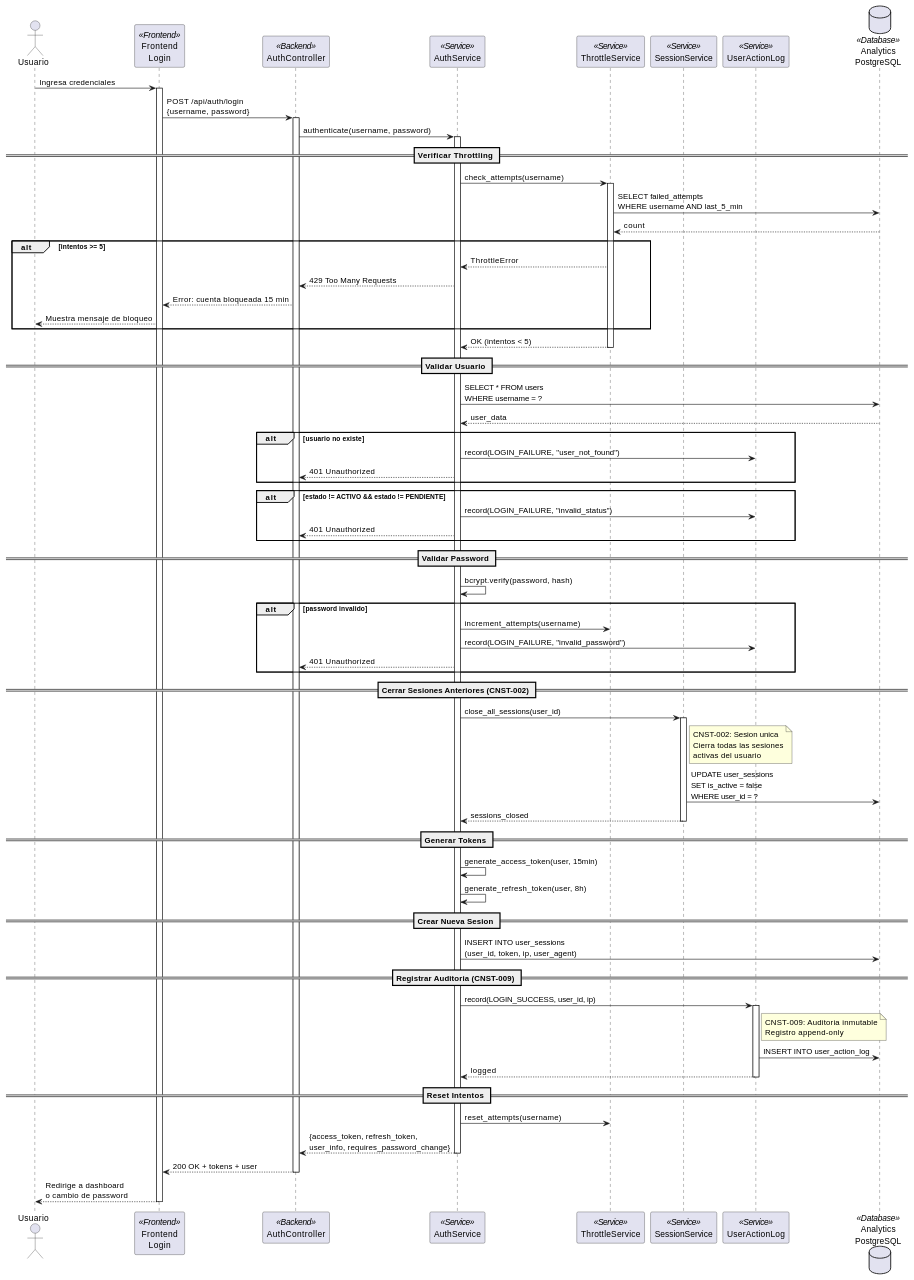
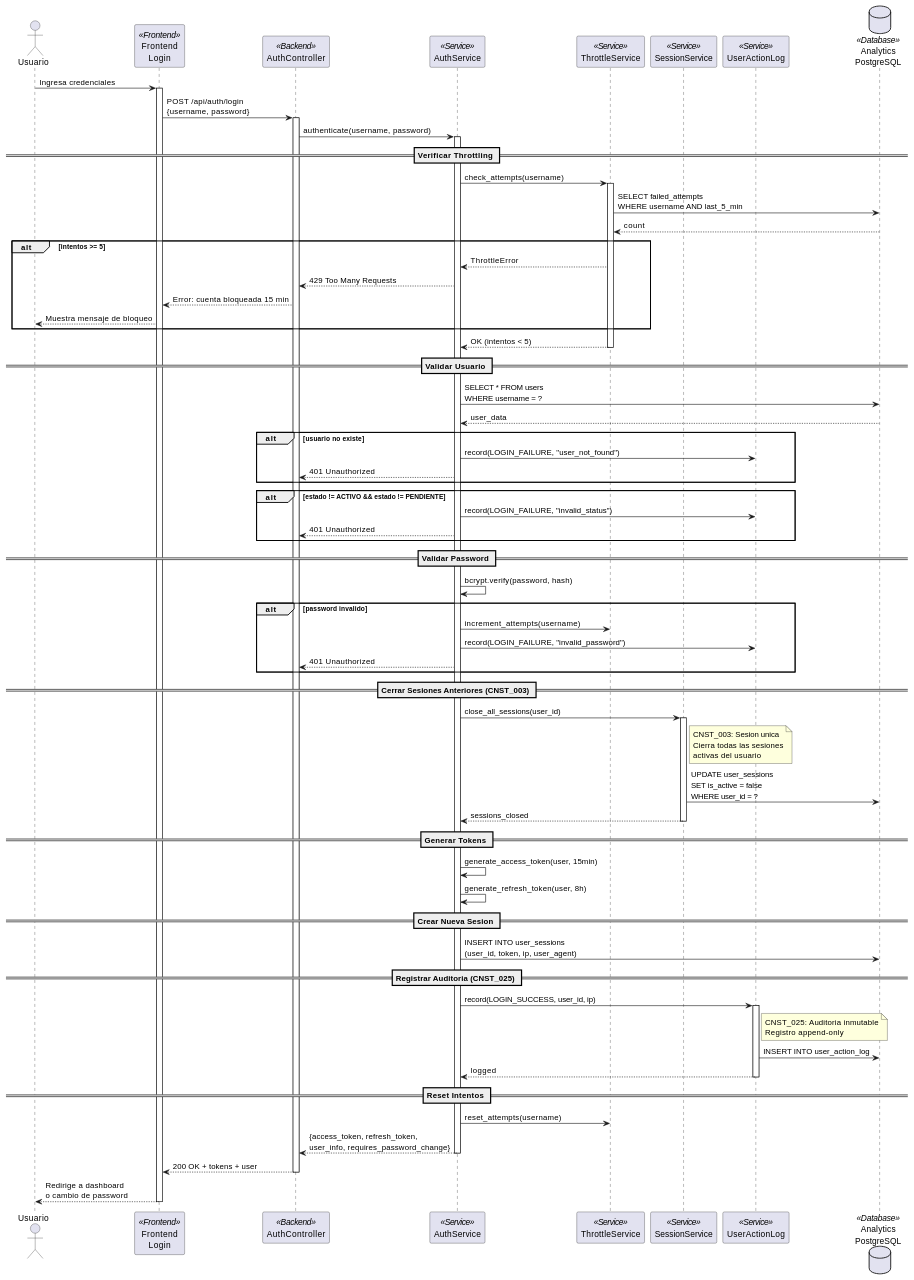
The second of 3 diagrams in source/requisitos/casos_uso/auth/UC_AUTH_01_Iniciar_Sesion.rst (jcg-admin/IACT-docs), drawn with PlantUML before and after one commit. The commit also changed other lines of this file and 67 other files, not shown here.

```diff
--- a/source/requisitos/casos_uso/auth/UC_AUTH_01_Iniciar_Sesion.rst
+++ b/source/requisitos/casos_uso/auth/UC_AUTH_01_Iniciar_Sesion.rst
@@ -283,11 +283,11 @@
      AS --> AC: 401 Unauthorized
    end
 
-   == Cerrar Sesiones Anteriores (CNST-002) ==
+   == Cerrar Sesiones Anteriores (CNST_003) ==
    AS -> SS: close_all_sessions(user_id)
    activate SS
    note right of SS
-     CNST-002: Sesion unica
+     CNST_003: Sesion unica
      Cierra todas las sesiones
      activas del usuario
    end note
@@ -302,11 +302,11 @@
    == Crear Nueva Sesion ==
    AS -> DB: INSERT INTO user_sessions\n(user_id, token, ip, user_agent)
 
-   == Registrar Auditoria (CNST-009) ==
+   == Registrar Auditoria (CNST_025) ==
    AS -> UAL: record(LOGIN_SUCCESS, user_id, ip)
    activate UAL
    note right of UAL
-     CNST-009: Auditoria inmutable
+     CNST_025: Auditoria inmutable
      Registro append-only
    end note
    UAL -> DB: INSERT INTO user_action_log
```
